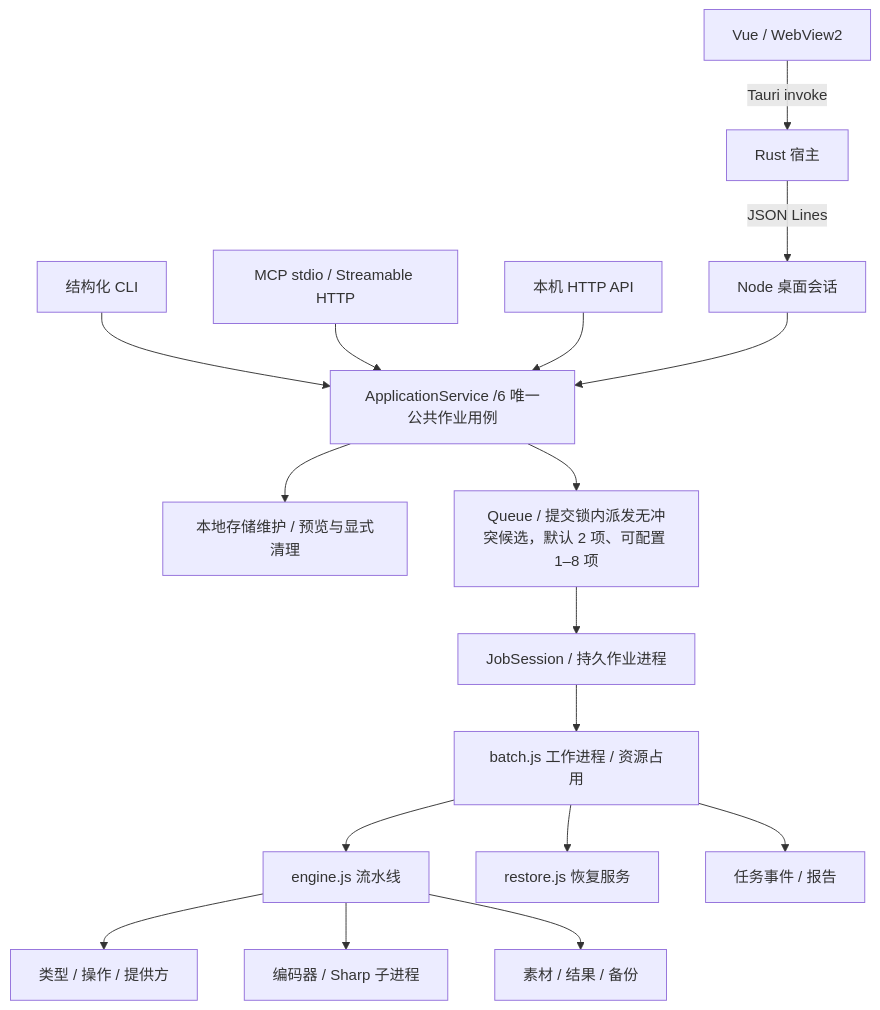
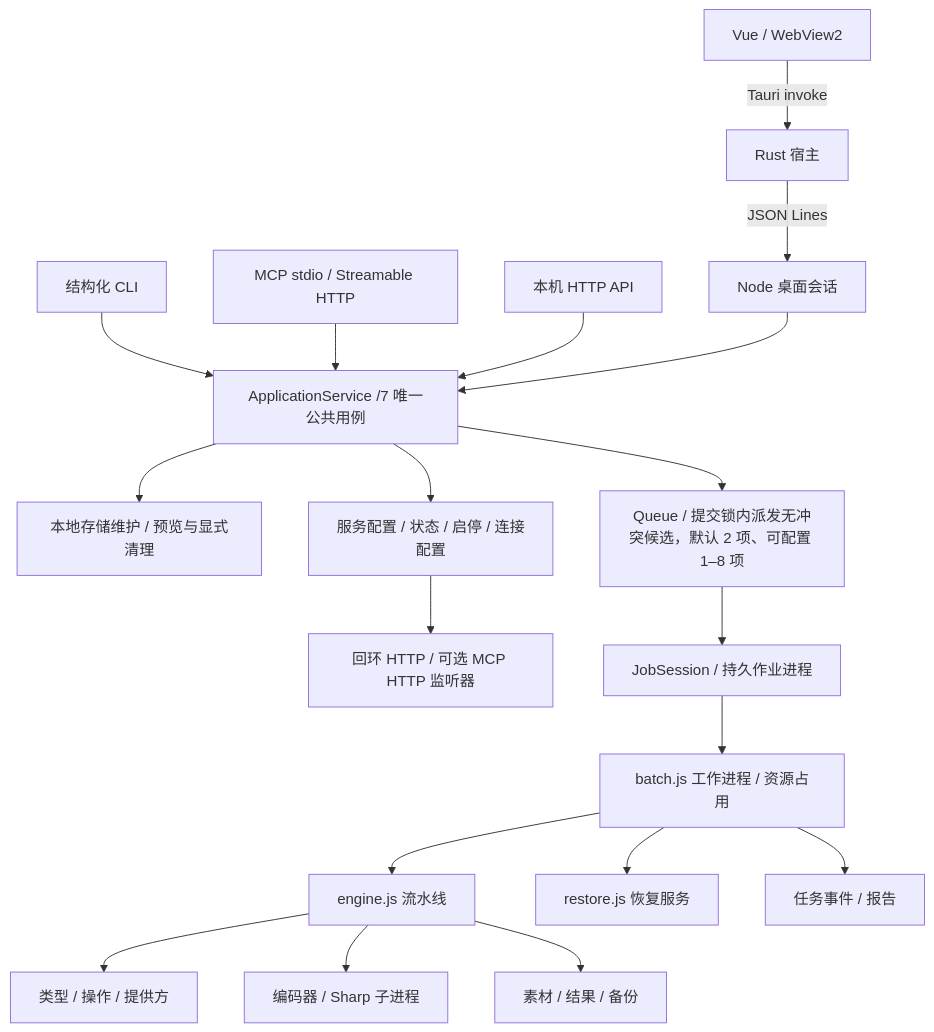
Before and after one commit to ISQIShI/AssetToolbox: the diagram in docs/architecture/overview.md, drawn with Mermaid. The commit also changed other lines of this file and 52 other files, not shown here.

````diff
--- a/docs/architecture/overview.md
+++ b/docs/architecture/overview.md
@@ -7,19 +7,21 @@
 ```mermaid
 flowchart TD
     UI[Vue / WebView2] -->|Tauri invoke| Host[Rust 宿主]
     Host -->|JSON Lines| Bridge[Node 桌面会话]
-    CLI[结构化 CLI] --> Application[ApplicationService /6 唯一公共作业用例]
+    CLI[结构化 CLI] --> Application[ApplicationService /7 唯一公共用例]
     MCP[MCP stdio / Streamable HTTP] --> Application
     HTTP[本机 HTTP API] --> Application
     Bridge --> Application
     Application --> Storage[本地存储维护 / 预览与显式清理]
+    Application --> Services[服务配置 / 状态 / 启停 / 连接配置]
+    Services --> Transport[回环 HTTP / 可选 MCP HTTP 监听器]
     Application --> Queue[Queue / 提交锁内派发无冲突候选，默认 2 项、可配置 1–8 项]
     Queue --> Session[JobSession / 持久作业进程]
     Session --> Worker[batch.js 工作进程 / 资源占用]
     Worker --> Engine[engine.js 流水线]
     Engine --> Catalog[类型 / 操作 / 提供方]
     Engine --> Tool[编码器 / Sharp 子进程]
     Worker --> Restore[restore.js 恢复服务]
     Worker --> Data[任务事件 / 报告]
     Engine --> Files[素材 / 结果 / 备份]
 ```
````
